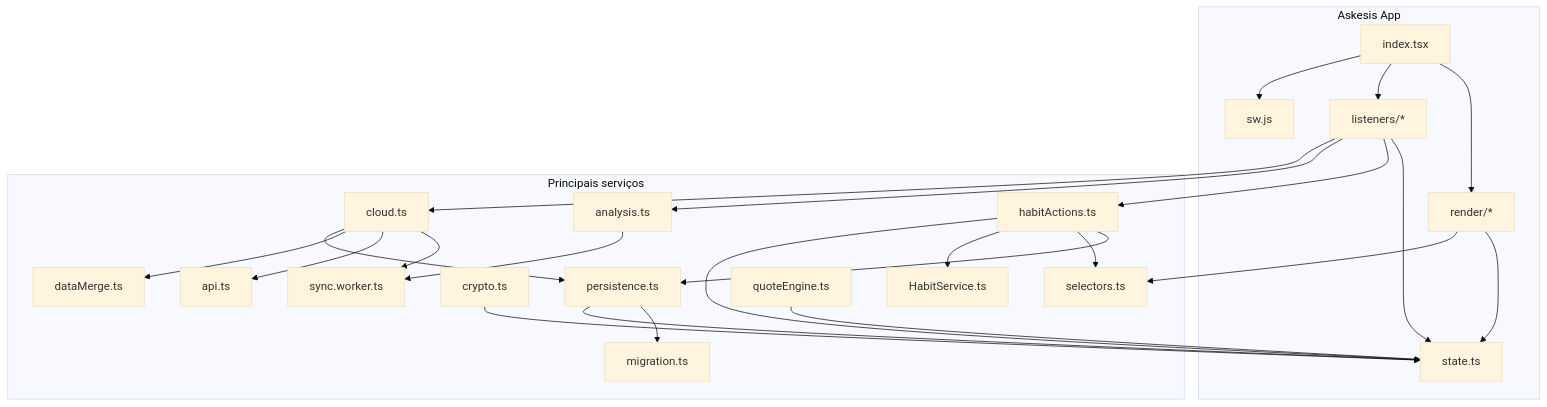
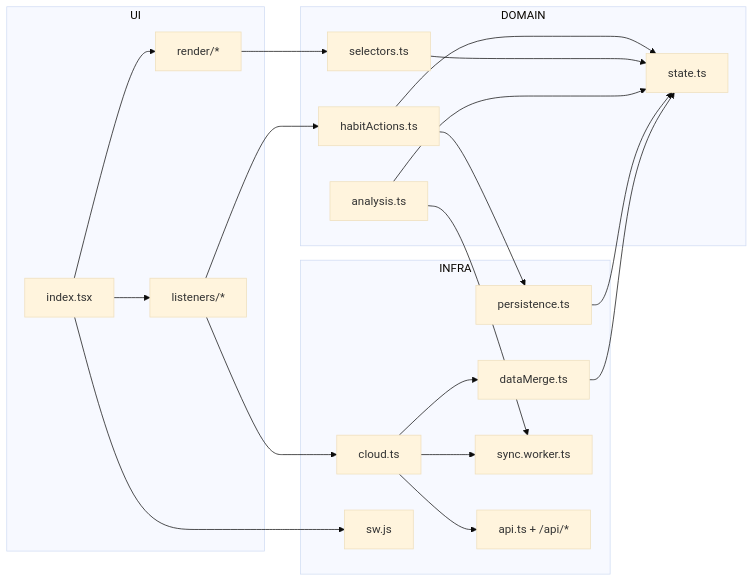
Before and after one commit to farifran/askesis: the fourth of 9 diagrams in README.md, drawn with Mermaid (base theme). The commit also changed other lines of this file and 1 other file, not shown here.

Commit message:
feat: atualizar diagramas de arquitetura e fluxos no documento de arquitetura

````diff
--- a/README.md
+++ b/README.md
@@ -141,49 +141,46 @@
 ```mermaid
-flowchart TB
-  subgraph App[Askesis App]
+flowchart LR
+  subgraph UI
     IDX[index.tsx]
+    LISTEN[listeners/*]
     RENDER[render/*]
-    LISTEN[listeners/*]
+  end
+
+  subgraph DOMAIN
+    ACTIONS[habitActions.ts]
+    SELECTORS[selectors.ts]
+    ANALYSIS[analysis.ts]
     STATE[state.ts]
+  end
+
+  subgraph INFRA
+    PERSIST[persistence.ts]
+    CLOUD[cloud.ts]
+    MERGE[dataMerge.ts]
+    WORKER[sync.worker.ts]
+    API[api.ts + /api/*]
     SW[sw.js]
   end
 
+  IDX --> LISTEN
   IDX --> RENDER
-  IDX --> LISTEN
-  IDX --> SW
-  LISTEN --> STATE
-  RENDER --> STATE
-
-  subgraph Services[Principais serviços]
-    PERSIST[persistence.ts]
-    MIGRATION[migration.ts]
-    CLOUD[cloud.ts]
-    API_CLIENT[api.ts]
-    MERGE[dataMerge.ts]
-    CRYP[crypto.ts]
-    SELECTORS[selectors.ts]
-    HABIT_SERVICE[HabitService.ts]
-    ANALYSIS[analysis.ts]
-    QUOTE_ENGINE[quoteEngine.ts]
-    ACTIONS[habitActions.ts]
-    WORKER[sync.worker.ts]
-  end
 
   LISTEN --> ACTIONS
-  LISTEN --> ANALYSIS
+  RENDER --> SELECTORS
+
+  ACTIONS --> STATE
+  SELECTORS --> STATE
+  ANALYSIS --> STATE
+
+  ACTIONS --> PERSIST
+  PERSIST --> STATE
+
   LISTEN --> CLOUD
-  ACTIONS --> PERSIST
-  ACTIONS --> SELECTORS
-  ACTIONS --> HABIT_SERVICE
-  ACTIONS --> STATE
-  RENDER --> SELECTORS
+  CLOUD --> WORKER
+  CLOUD --> API
+  CLOUD --> MERGE
+  MERGE --> STATE
   ANALYSIS --> WORKER
-  CLOUD --> WORKER
-  CLOUD --> API_CLIENT
-  CLOUD --> MERGE
-  CLOUD --> PERSIST
-  PERSIST --> MIGRATION
-  PERSIST --> STATE
-  CRYP --> STATE
-  QUOTE_ENGINE --> STATE
+
+  IDX --> SW
 ```
````
